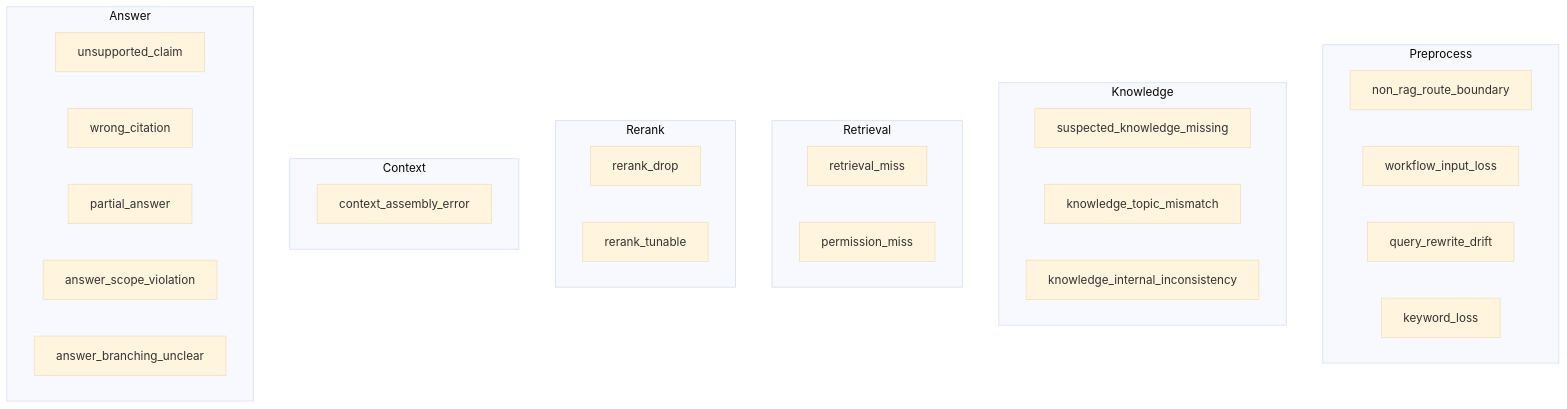
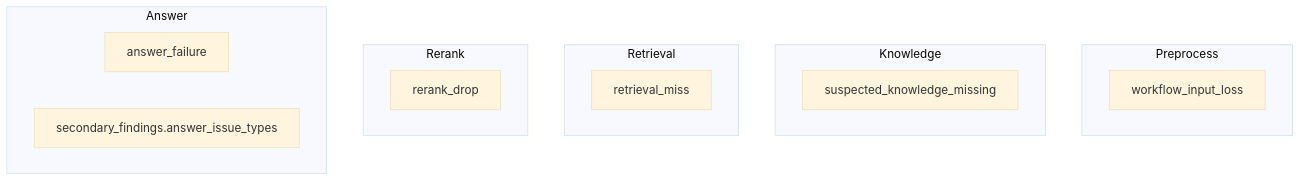
Before and after one commit to aaaahyaaaa/skill: diagram 18 of 23 in references/skill_architecture_wiki.md, drawn with Mermaid (base theme). The commit also changed other lines of this file and 23 other files, not shown here.

````diff
--- a/references/skill_architecture_wiki.md
+++ b/references/skill_architecture_wiki.md
@@ -437,37 +437,23 @@
 ```mermaid
 flowchart TB
   subgraph Preprocess
-    P1[non_rag_route_boundary]
-    P2[workflow_input_loss]
-    P3[query_rewrite_drift]
-    P4[keyword_loss]
+    P1[workflow_input_loss]
   end
 
   subgraph Knowledge
     K1[suspected_knowledge_missing]
-    K2[knowledge_topic_mismatch]
-    K3[knowledge_internal_inconsistency]
   end
 
   subgraph Retrieval
     R1[retrieval_miss]
-    R2[permission_miss]
   end
 
   subgraph Rerank
     RR1[rerank_drop]
-    RR2[rerank_tunable]
-  end
-
-  subgraph Context
-    C1[context_assembly_error]
   end
 
   subgraph Answer
-    A1[unsupported_claim]
-    A2[wrong_citation]
-    A3[partial_answer]
-    A4[answer_scope_violation]
-    A5[answer_branching_unclear]
+    A1[answer_failure]
+    A2[secondary_findings.answer_issue_types]
   end
 ```
````
